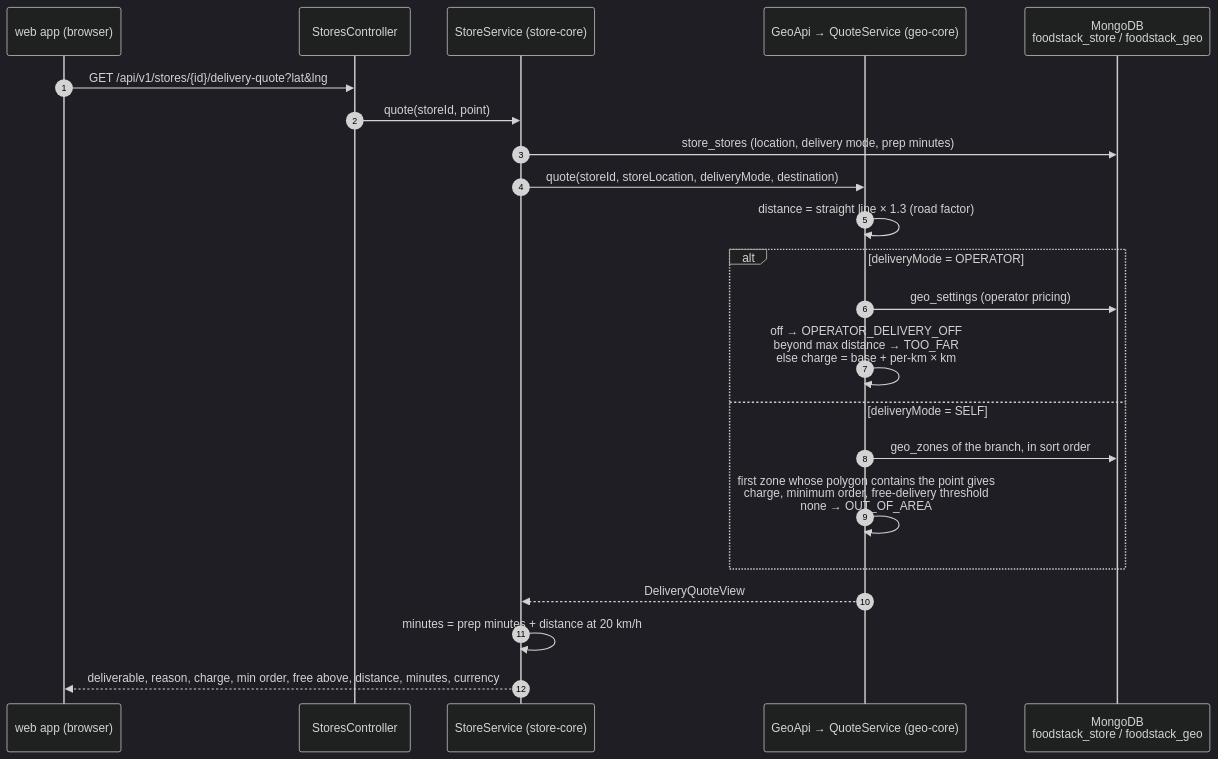
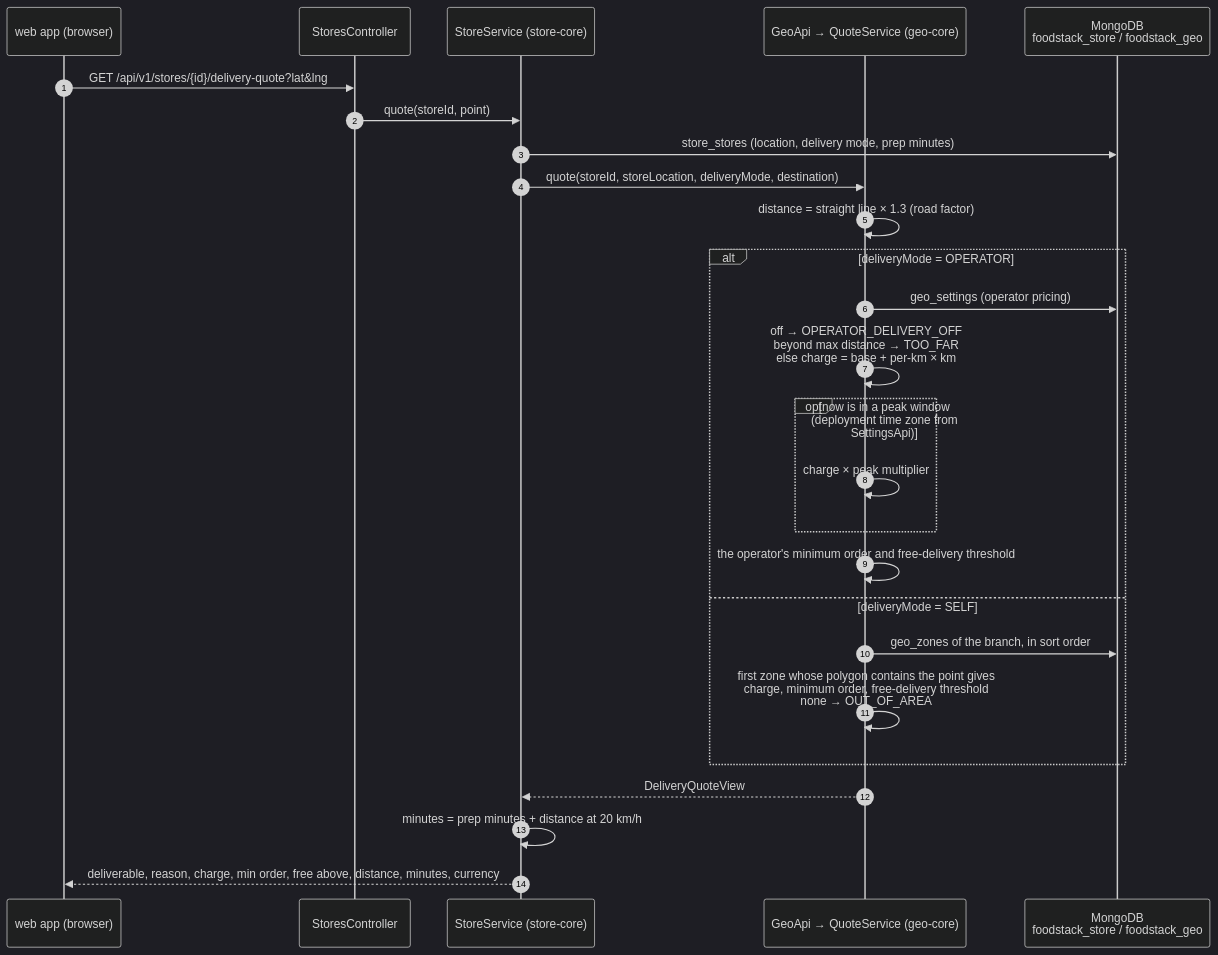
Before and after one commit to ilyaslabs/foodstack: the fourth of 4 diagrams in docs/architecture/03-customer-flows.md, drawn with Mermaid (dark theme). The commit also changed other lines of this file and 3 other files, not shown here.

First line of the commit message:
Docs for rider papers, operator pricing extras and the code in the email: TDD 24, code vs design, flows 7.10 and 7.11

````diff
--- a/docs/architecture/03-customer-flows.md
+++ b/docs/architecture/03-customer-flows.md
@@ -145,25 +145,29 @@
 ```mermaid
 sequenceDiagram
     autonumber
     participant Wb as web app (browser)
     participant Sc as StoresController
     participant Ss as StoreService (store-core)
     participant Ga as GeoApi → QuoteService (geo-core)
     participant Mo as MongoDB<br/>foodstack_store / foodstack_geo
 
     Wb->>Sc: GET /api/v1/stores/{id}/delivery-quote?lat&lng
     Sc->>Ss: quote(storeId, point)
     Ss->>Mo: store_stores (location, delivery mode, prep minutes)
     Ss->>Ga: quote(storeId, storeLocation, deliveryMode, destination)
     Ga->>Ga: distance = straight line × 1.3 (road factor)
     alt deliveryMode = OPERATOR
         Ga->>Mo: geo_settings (operator pricing)
         Ga->>Ga: off → OPERATOR_DELIVERY_OFF<br/>beyond max distance → TOO_FAR<br/>else charge = base + per-km × km
+        opt now is in a peak window (deployment time zone from SettingsApi)
+            Ga->>Ga: charge × peak multiplier
+        end
+        Ga->>Ga: the operator's minimum order and free-delivery threshold
     else deliveryMode = SELF
         Ga->>Mo: geo_zones of the branch, in sort order
         Ga->>Ga: first zone whose polygon contains the point gives<br/>charge, minimum order, free-delivery threshold<br/>none → OUT_OF_AREA
     end
     Ga-->>Ss: DeliveryQuoteView
     Ss->>Ss: minutes = prep minutes + distance at 20 km/h
     Ss-->>Wb: deliverable, reason, charge, min order, free above, distance, minutes, currency
 ```
````
